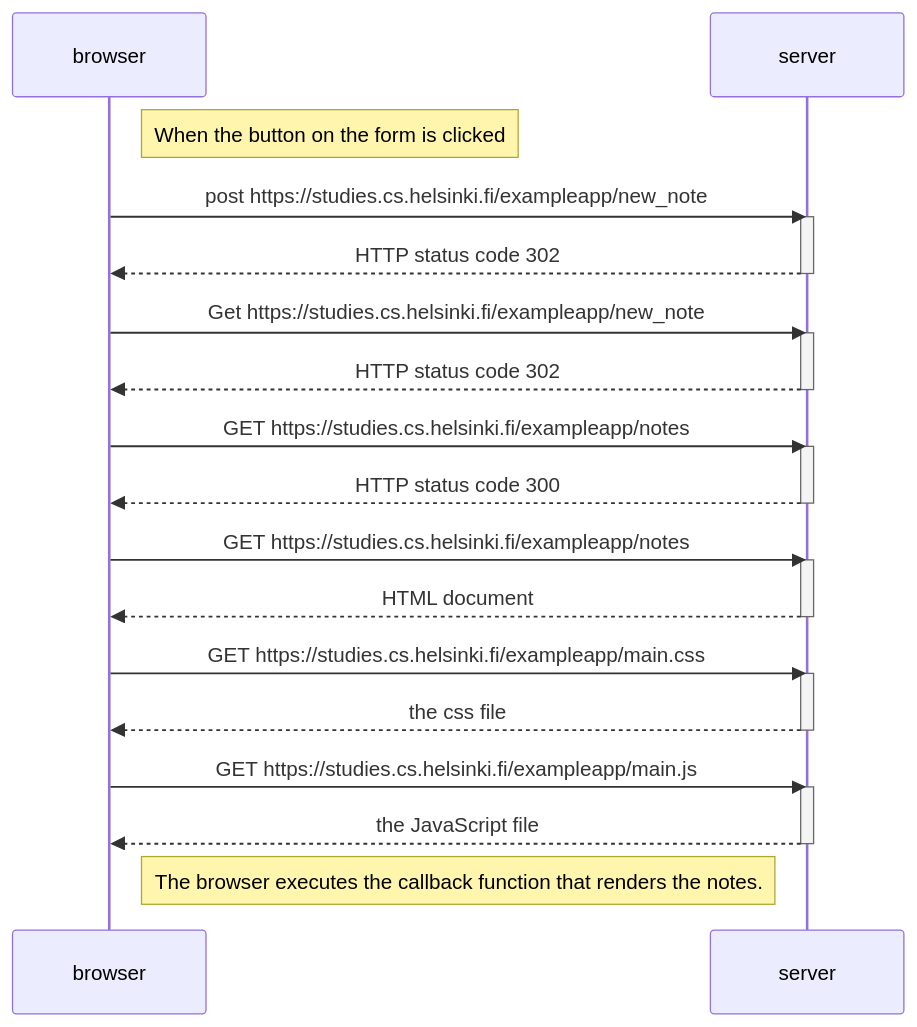
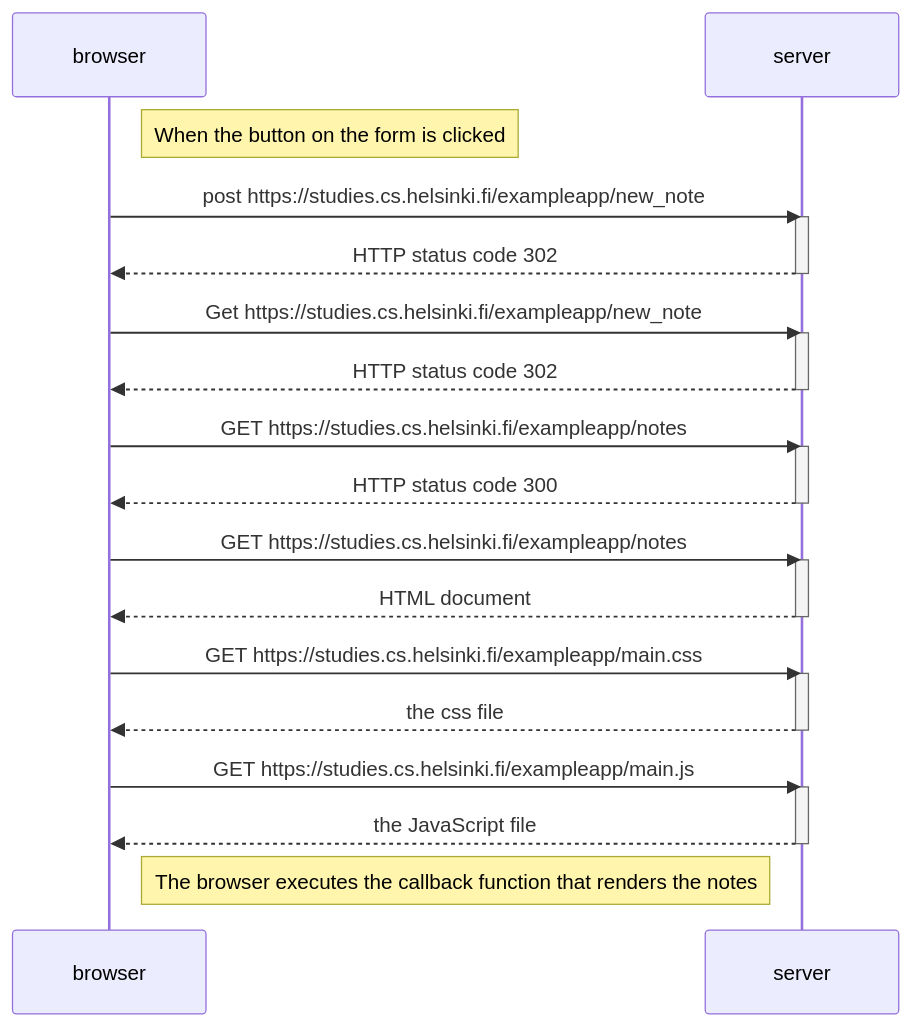
Before and after one commit to VienThanh12/FullStackUnivesityOfHelsinki: the diagram in 0.4: NewNoteDiagram.md, drawn with Mermaid.

Commit message:
Update 0.4: NewNoteDiagram.md

````diff
--- a/0.4: NewNoteDiagram.md
+++ b/0.4: NewNoteDiagram.md
@@ -1,38 +1,38 @@
 ```mermaid
 sequenceDiagram
     participant browser
     participant server
 
     Note right of browser: When the button on the form is clicked
     browser->>server: post https://studies.cs.helsinki.fi/exampleapp/new_note
     activate server
     server-->>browser: HTTP status code 302 
     deactivate server
     
     browser->>server: Get https://studies.cs.helsinki.fi/exampleapp/new_note
     activate server
     server-->>browser: HTTP status code 302 
     deactivate server
     
     browser->>server: GET https://studies.cs.helsinki.fi/exampleapp/notes
     activate server
     server-->>browser: HTTP status code 300 
     deactivate server
     
     browser->>server: GET https://studies.cs.helsinki.fi/exampleapp/notes
     activate server
     server-->>browser: HTML document
     deactivate server
 
     browser->>server: GET https://studies.cs.helsinki.fi/exampleapp/main.css
     activate server
     server-->>browser: the css file
     deactivate server
 
-    browser->>server: GET https://studies.cs.helsinki.fi/exampleapp/main.js
+    browser->>server: GET https://studies.cs.helsinki.fi/exampleapp/main.js 
     activate server
     server-->>browser: the JavaScript file
     deactivate server
     
-    Note right of browser: The browser executes the callback function that renders the notes.
+    Note right of browser: The browser executes the callback function that renders the notes
 ```
````
